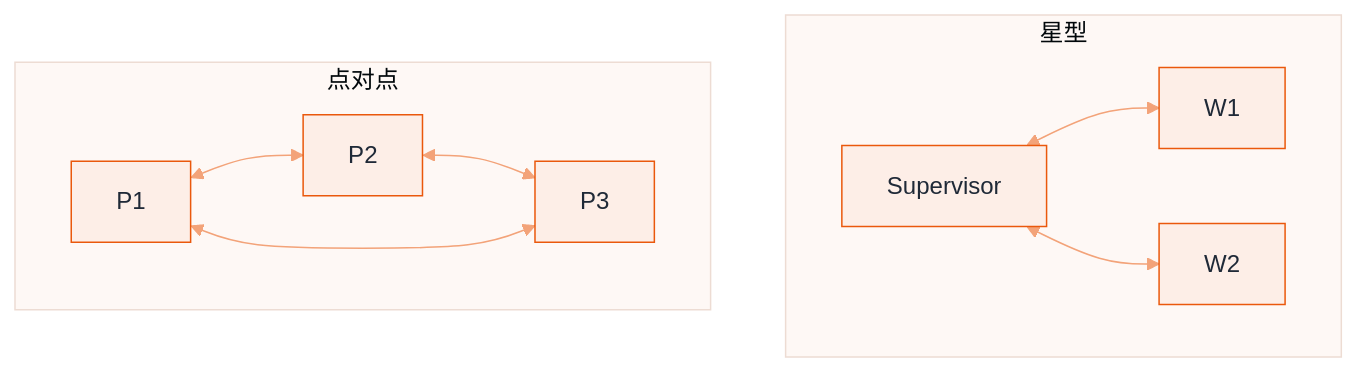
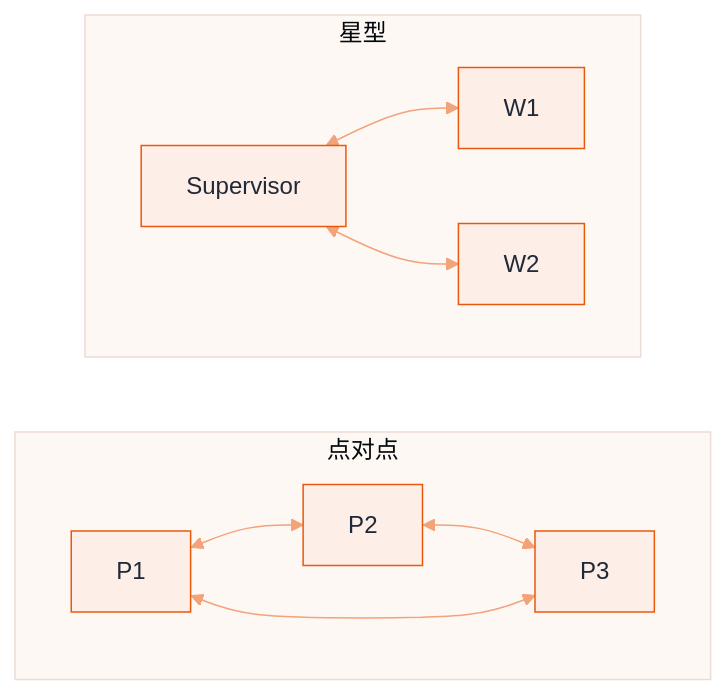
One commit to funny8kids/ai-agent-handbook changed the diagram in docs/08-multi-agent/communication-protocol.md. Above: the diagram before and after it, drawn with Mermaid. The commit also changed 4 other files, not shown here.

````diff
--- a/docs/08-multi-agent/communication-protocol.md
+++ b/docs/08-multi-agent/communication-protocol.md
@@ -84,13 +84,14 @@
 ```mermaid
 %%{init: {"theme":"base","themeVariables":{"primaryColor":"#FDEEE7","primaryBorderColor":"#EA580C","primaryTextColor":"#1F2937","secondaryColor":"#FADACA","tertiaryColor":"#FEF8F5","lineColor":"#F3A379","actorBkg":"#FDF2EC","actorBorder":"#EA580C","actorTextColor":"#1F2937","signalColor":"#F08A55","noteBkgColor":"#FBE1D3","noteBorderColor":"#EA580C","noteTextColor":"#1F2937","labelBoxBkgColor":"#FDEEE7","labelBoxBorderColor":"#EA580C"}}}%%
 flowchart TB
   subgraph 星型
     S1[Supervisor] <--> S2[W1]
     S1 <--> S3[W2]
   end
   subgraph 点对点
     P1 <--> P2
     P2 <--> P3
     P1 <--> P3
   end
+  星型 ~~~ 点对点
 ```
````
